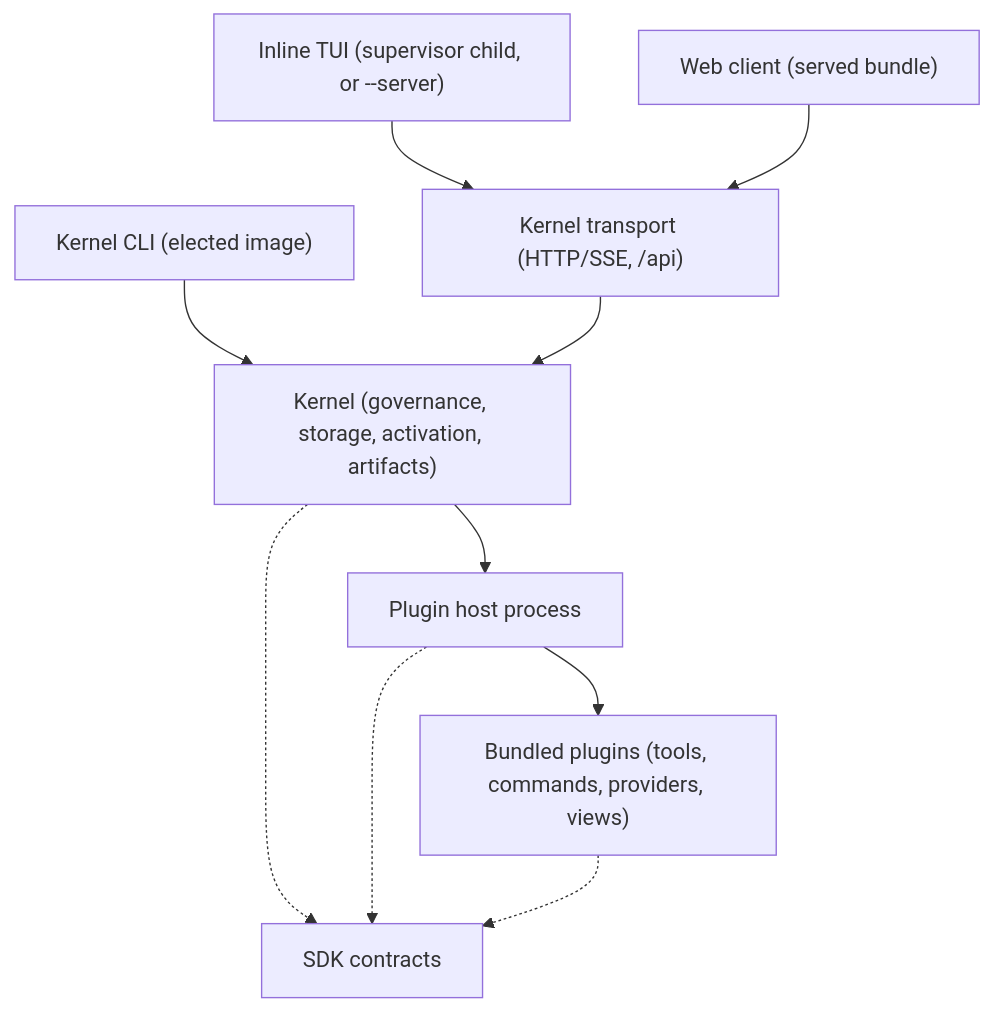
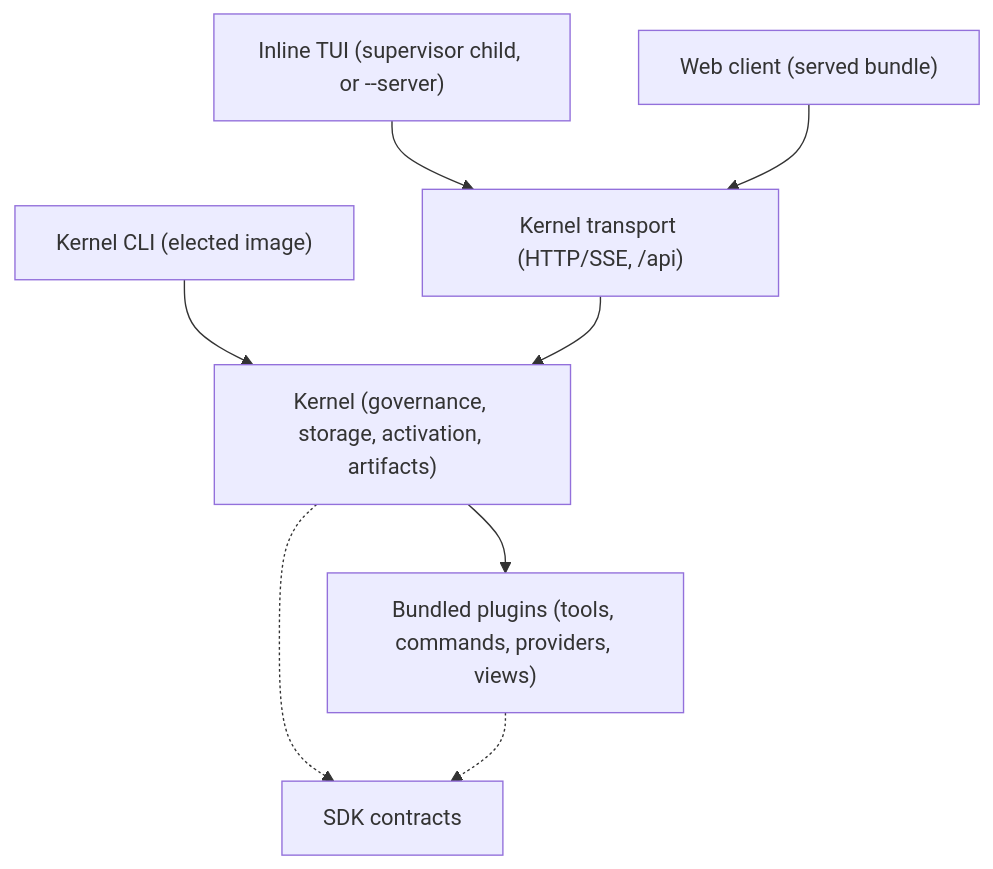
Before and after one commit to lei-jia-xing/voidcode: the diagram in README.md, drawn with Mermaid. The commit also changed other lines of this file and 199 other files, not shown here.

Commit message:
refactor!: run plugins in process without trust machinery

````diff
--- a/README.md
+++ b/README.md
@@ -118,12 +118,10 @@
 ```mermaid
 graph TD
     CLI["Kernel CLI (elected image)"] --> Kernel["Kernel (governance, storage, activation, artifacts)"]
     TUI["Inline TUI (supervisor child, or --server)"] --> Transport["Kernel transport (HTTP/SSE, /api)"]
     Web["Web client (served bundle)"] --> Transport
     Transport --> Kernel
-    Kernel --> Host["Plugin host process"]
-    Host --> Plugins["Bundled plugins (tools, commands, providers, views)"]
+    Kernel --> Plugins["Bundled plugins (tools, commands, providers, views)"]
     Kernel -.-> SDK["SDK contracts"]
-    Host -.-> SDK
     Plugins -.-> SDK
 ```
````
